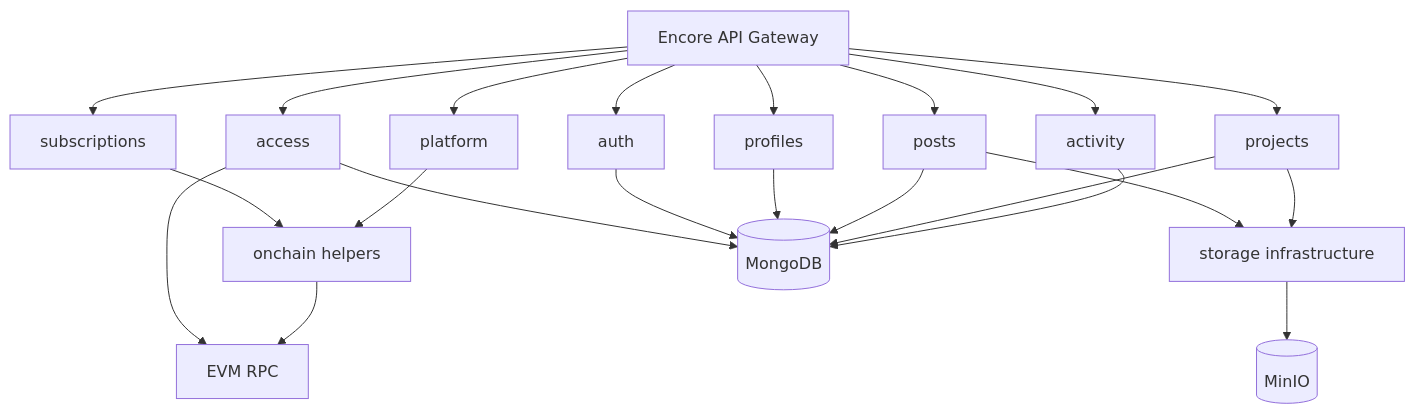
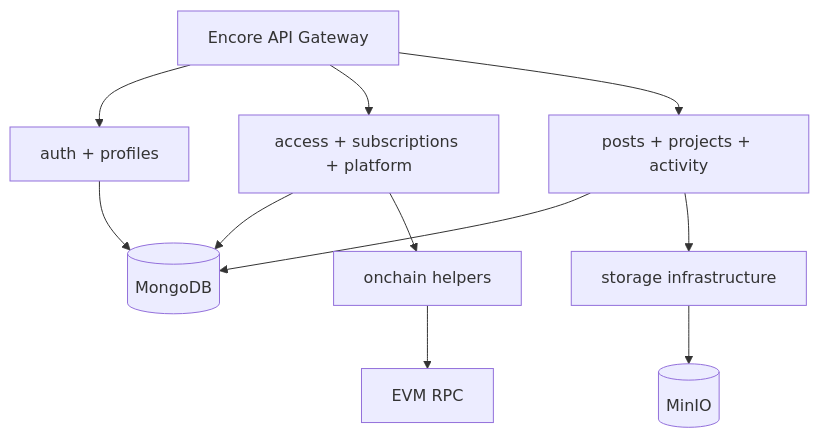
One commit to akhmetovKamil/useContent changed the diagram in documentation/backend/index.md. Above: the diagram before and after it, drawn with Mermaid. The commit also changed 4 other files, not shown here.

Commit message:
Fix docs diagrams and backend CI test gate

````diff
--- a/documentation/backend/index.md
+++ b/documentation/backend/index.md
@@ -5,40 +5,25 @@
 ```mermaid
 flowchart TD
     Gateway["Encore API Gateway"]
-    Auth["auth"]
-    Profiles["profiles"]
-    Access["access"]
-    Subscriptions["subscriptions"]
-    Platform["platform"]
-    Posts["posts"]
-    Projects["projects"]
-    Activity["activity"]
+    Identity["auth + profiles"]
+    AccessBilling["access + subscriptions + platform"]
+    Content["posts + projects + activity"]
     Onchain["onchain helpers"]
     Storage["storage infrastructure"]
     Mongo[("MongoDB")]
     MinIO[("MinIO")]
     RPC["EVM RPC"]
 
-    Gateway --> Auth
-    Gateway --> Profiles
-    Gateway --> Access
-    Gateway --> Subscriptions
-    Gateway --> Platform
-    Gateway --> Posts
-    Gateway --> Projects
-    Gateway --> Activity
+    Gateway --> Identity
+    Gateway --> AccessBilling
+    Gateway --> Content
 
-    Access --> Mongo
-    Access --> RPC
-    Subscriptions --> Onchain
-    Platform --> Onchain
-    Posts --> Storage
-    Projects --> Storage
+    Identity --> Mongo
+    AccessBilling --> Mongo
+    Content --> Mongo
+
+    AccessBilling --> Onchain
+    Content --> Storage
     Storage --> MinIO
     Onchain --> RPC
-    Auth --> Mongo
-    Profiles --> Mongo
-    Posts --> Mongo
-    Projects --> Mongo
-    Activity --> Mongo
 ```
````
